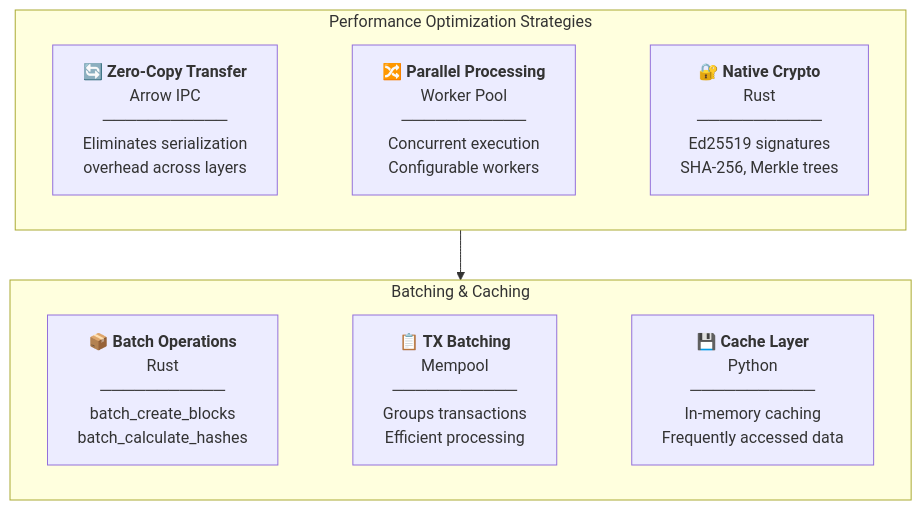
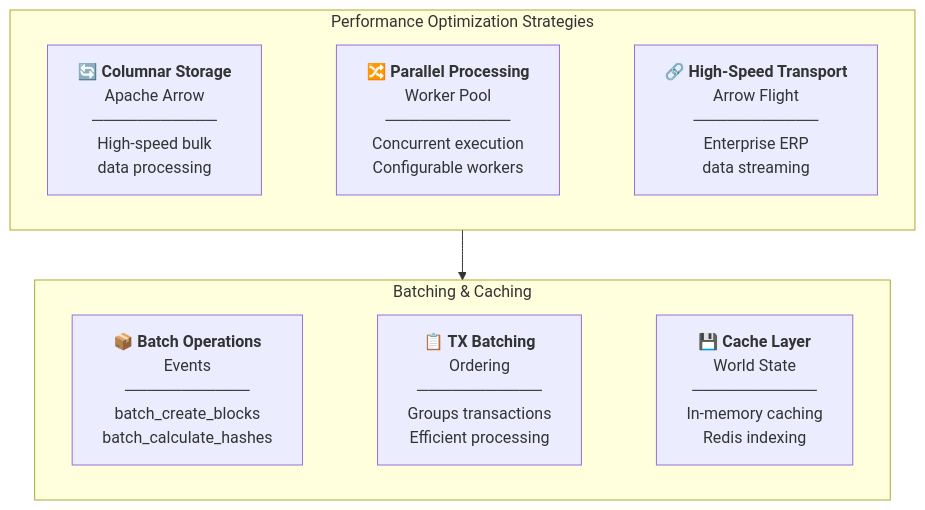
One commit to VanDung-dev/HieraChain changed the ninth of 11 diagrams in docs/ARCHITECTURE.md. Above: the diagram before and after it, drawn with Mermaid. The commit also changed other lines of this file and 2 other files, not shown here.

First line of the commit message:
docs: update architecture documentation to pure Python and standardize markdown

````diff
--- a/docs/ARCHITECTURE.md
+++ b/docs/ARCHITECTURE.md
@@ -433,18 +349,18 @@
 ```mermaid
 flowchart TB
     subgraph Performance["Performance Optimization Strategies"]
-        L1["🔄 <b>Zero-Copy Transfer</b><br/>Arrow IPC<br/>───────────<br/>Eliminates serialization<br/>overhead across layers"]
+        L1["🔄 <b>Columnar Storage</b><br/>Apache Arrow<br/>───────────<br/>High-speed bulk <br/>data processing"]
         L2["🔀 <b>Parallel Processing</b><br/>Worker Pool<br/>───────────<br/>Concurrent execution<br/>Configurable workers"]
-        L3["🔐 <b>Native Crypto</b><br/>Rust<br/>───────────<br/>Ed25519 signatures<br/>SHA-256, Merkle trees"]
+        L3["🔗 <b>High-Speed Transport</b><br/>Arrow Flight<br/>───────────<br/>Enterprise ERP <br/>data streaming"]
         L1 ~~~ L2 ~~~ L3
     end
 
     subgraph Batching["Batching & Caching"]
-        L4["📦 <b>Batch Operations</b><br/>Rust<br/>───────────<br/>batch_create_blocks<br/>batch_calculate_hashes"]
-        L5["📋 <b>TX Batching</b><br/>Mempool<br/>───────────<br/>Groups transactions<br/>Efficient processing"]
-        L6["💾 <b>Cache Layer</b><br/>Python<br/>───────────<br/>In-memory caching<br/>Frequently accessed data"]
+        L4["📦 <b>Batch Operations</b><br/>Events<br/>───────────<br/>batch_create_blocks<br/>batch_calculate_hashes"]
+        L5["📋 <b>TX Batching</b><br/>Ordering<br/>───────────<br/>Groups transactions<br/>Efficient processing"]
+        L6["💾 <b>Cache Layer</b><br/>World State<br/>───────────<br/>In-memory caching<br/>Redis indexing"]
         L4 ~~~ L5 ~~~ L6
     end
 
     Performance --> Batching
 ```
````
